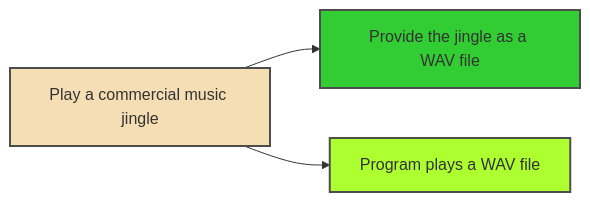
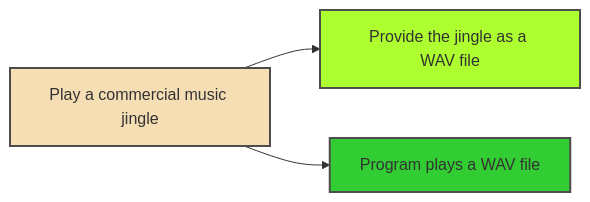
One commit to NguyenAndrew/edd changed the diagram in images/FAQ-without_ai.md. Above: the diagram before and after it, drawn with Mermaid. The commit also changed 1 other file, not shown here.

Commit message:
Fix solved colors in FAQ

````diff
--- a/images/FAQ-without_ai.md
+++ b/images/FAQ-without_ai.md
@@ -1,11 +1,11 @@
 ```mermaid
 graph LR
     style A fill:#F5DEB3,stroke:#4d4d4d,stroke-width:2px,rounded:10px
-    style B fill:#32CD32,stroke:#4d4d4d,stroke-width:2px,rounded:10px
-    style C fill:#ADFF2F,stroke:#4d4d4d,stroke-width:2px,rounded:10px
+    style B fill:#ADFF2F,stroke:#4d4d4d,stroke-width:2px,rounded:10px
+    style C fill:#32CD32,stroke:#4d4d4d,stroke-width:2px,rounded:10px
     A[Play a commercial music jingle]
     B[Provide the jingle as a WAV file]
     C[Program plays a WAV file]
     A --> B
     A --> C
 ```
````
